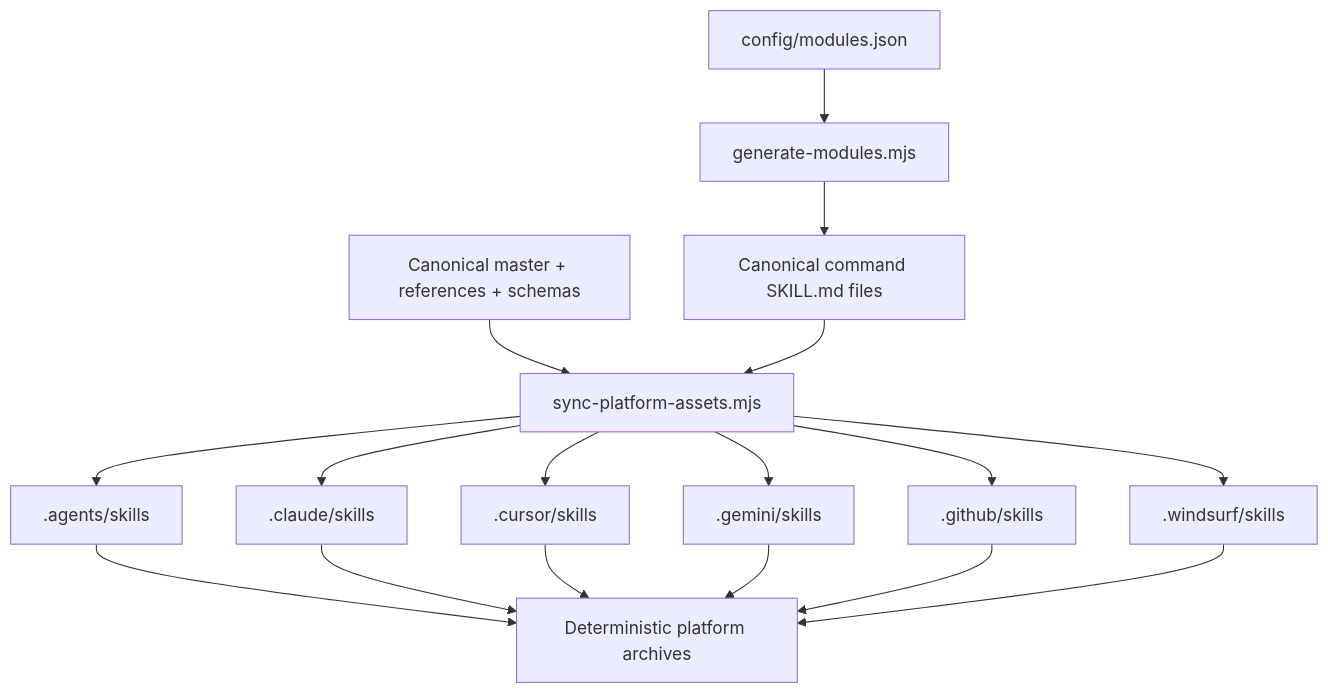
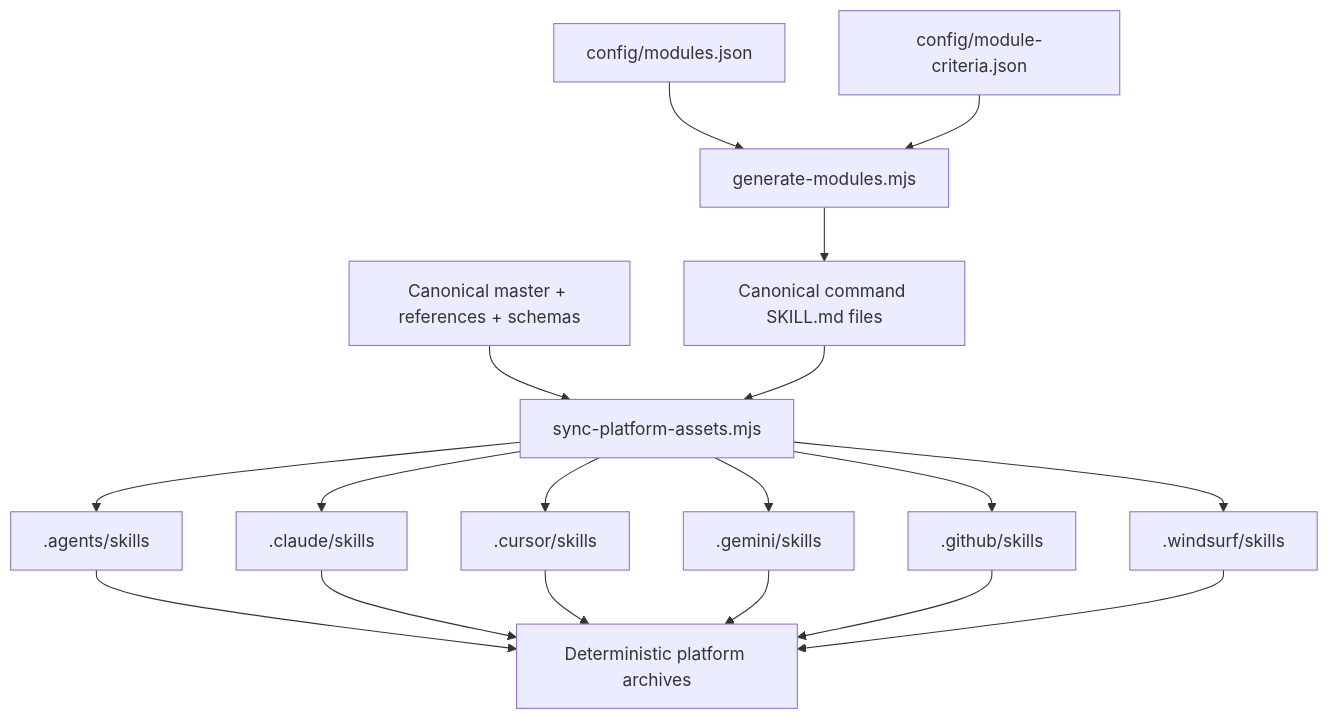
The first of 2 diagrams in docs/ARCHITECTURE.md (is-bo/fullstack-forge-skill), drawn with Mermaid before and after one commit. The commit also changed other lines of this file and 314 other files, not shown here.

````diff
--- a/docs/ARCHITECTURE.md
+++ b/docs/ARCHITECTURE.md
@@ -9,14 +11,15 @@
 ```mermaid
 flowchart TD
   C["config/modules.json"] --> G["generate-modules.mjs"]
+  R["config/module-criteria.json"] --> G
   G --> K["Canonical command SKILL.md files"]
   M["Canonical master + references + schemas"] --> S["sync-platform-assets.mjs"]
   K --> S
   S --> A[".agents/skills"]
   S --> CL[".claude/skills"]
   S --> CU[".cursor/skills"]
   S --> GE[".gemini/skills"]
   S --> GH[".github/skills"]
   S --> W[".windsurf/skills"]
   A & CL & CU & GE & GH & W --> P["Deterministic platform archives"]
 ```
````
